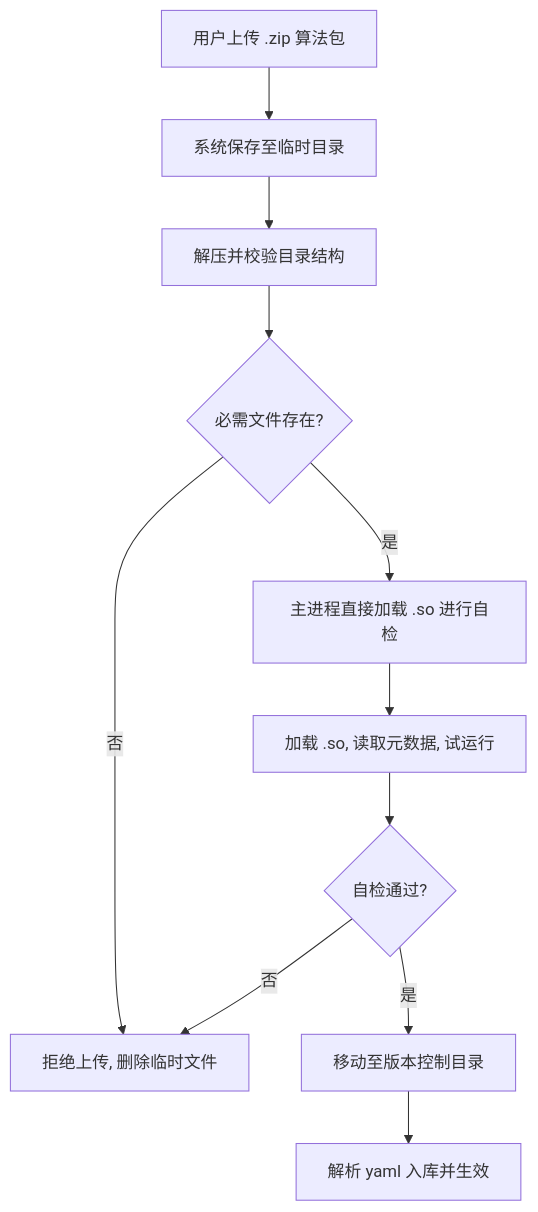
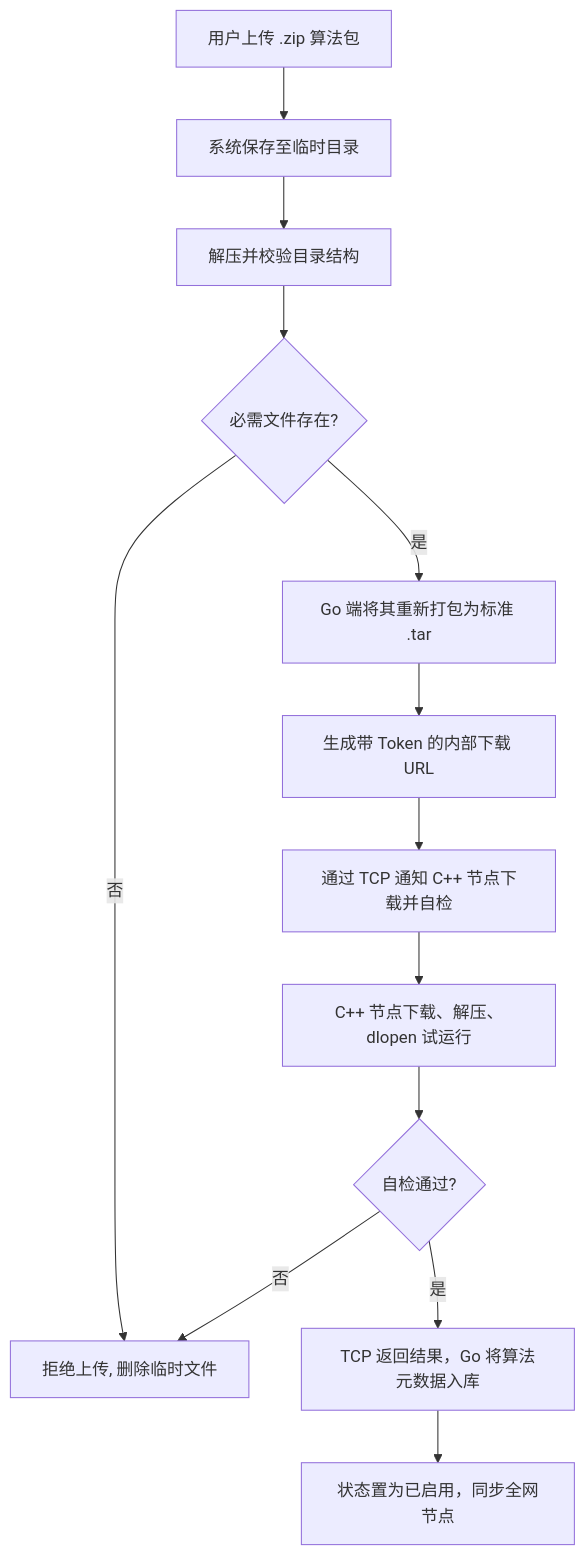
Before and after one commit to nikonikowuw/aivisioninference: the second of 8 diagrams in prd/prd-draft.md, drawn with Mermaid. The commit also changed other lines of this file, not shown here.

First line of the commit message:
docs(architecture): update algorithm upload flow to support HTTP Pull in distributed environment

````diff
--- a/prd/prd-draft.md
+++ b/prd/prd-draft.md
@@ -838,13 +838,15 @@
 ```mermaid
 graph TD
     A[用户上传 .zip 算法包] --> B[系统保存至临时目录]
     B --> C[解压并校验目录结构]
     C --> D{必需文件存在?}
     D -->|否| E[拒绝上传, 删除临时文件]
-    D -->|是| F[主进程直接加载 .so 进行自检]
-    F --> G[加载 .so, 读取元数据, 试运行]
+    D -->|是| F1[Go 端将其重新打包为标准 .tar]
+    F1 --> F2[生成带 Token 的内部下载 URL]
+    F2 --> F3[通过 TCP 通知 C++ 节点下载并自检]
+    F3 --> G[C++ 节点下载、解压、dlopen 试运行]
     G --> H{自检通过?}
     H -->|否| E
-    H -->|是| I[移动至版本控制目录]
-    I --> J[解析 yaml 入库并生效]
+    H -->|是| I[TCP 返回结果，Go 将算法元数据入库]
+    I --> J[状态置为已启用，同步全网节点]
 ```
````
